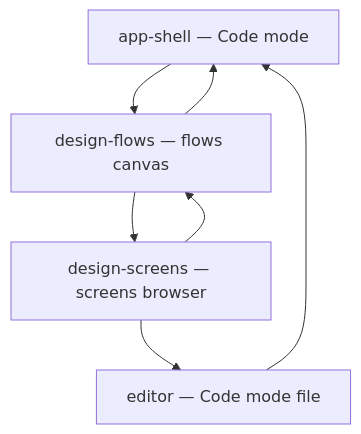
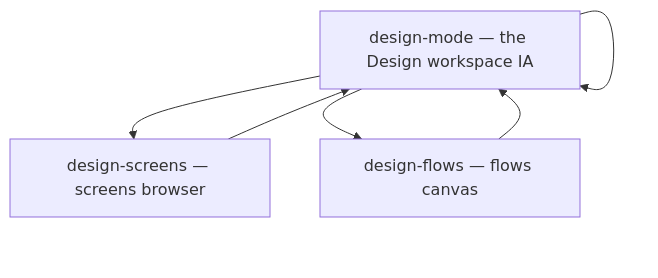
One commit to sprout-foundry/sprout changed the diagram in design/flows/design-mode.mmd. Above: the diagram before and after it, drawn with Mermaid. The commit also changed 4 other files, not shown here.

First line of the commit message:
feat(design): design-mode screen — the Design workspace's own IA as a kit screen (SP-140-8 item 8.6)

```diff
--- a/design/flows/design-mode.mmd
+++ b/design/flows/design-mode.mmd
@@ -1,18 +1,19 @@
-%% design-mode — mode switching between Code and Design, design-rail
-%% navigation, and the file handoff back to Code.
+%% design-mode — the SP-140-8 item 8.6 dogfood: the Design workspace's own
+%% IA as a screen. Node ids are wireframe stems. Triggers live in the %%
+%% comments (the design/flows contract keeps edges label-free): the
+%% triggers the screen's data-nav anchors author. The screen depicts one
+%% workspace; its rail self-edges are the rail's own section switches.
 flowchart TD
-  app-shell["app-shell — Code mode"]
+  design-mode["design-mode — the Design workspace IA"]
+  design-screens["design-screens — screens browser"]
   design-flows["design-flows — flows canvas"]
-  design-screens["design-screens — screens browser"]
-  editor["editor — Code mode file"]
-  %% switch to Design mode from the top-left mode switcher
-  app-shell --> design-flows
-  %% select the Screens rail tab
-  design-flows --> design-screens
-  %% select the Flows rail tab
-  design-screens --> design-flows
-  %% open a wireframe's source file — handoff back to Code mode
-  design-screens --> editor
-  %% switch back to Code mode from the mode switcher
-  design-flows --> app-shell
-  editor --> app-shell
+  %% open the Design mode (the rail's mode entry)
+  design-mode --> design-mode
+  %% the Screens group's workbench targets the screens browser's domain
+  design-mode --> design-screens
+  %% the Library group's Flows entry targets the flows canvas
+  design-mode --> design-flows
+  %% the workbench's flows facet links into the flow graph
+  design-flows --> design-mode
+  %% a screen picked in the browser opens the same workbench
+  design-screens --> design-mode
```
